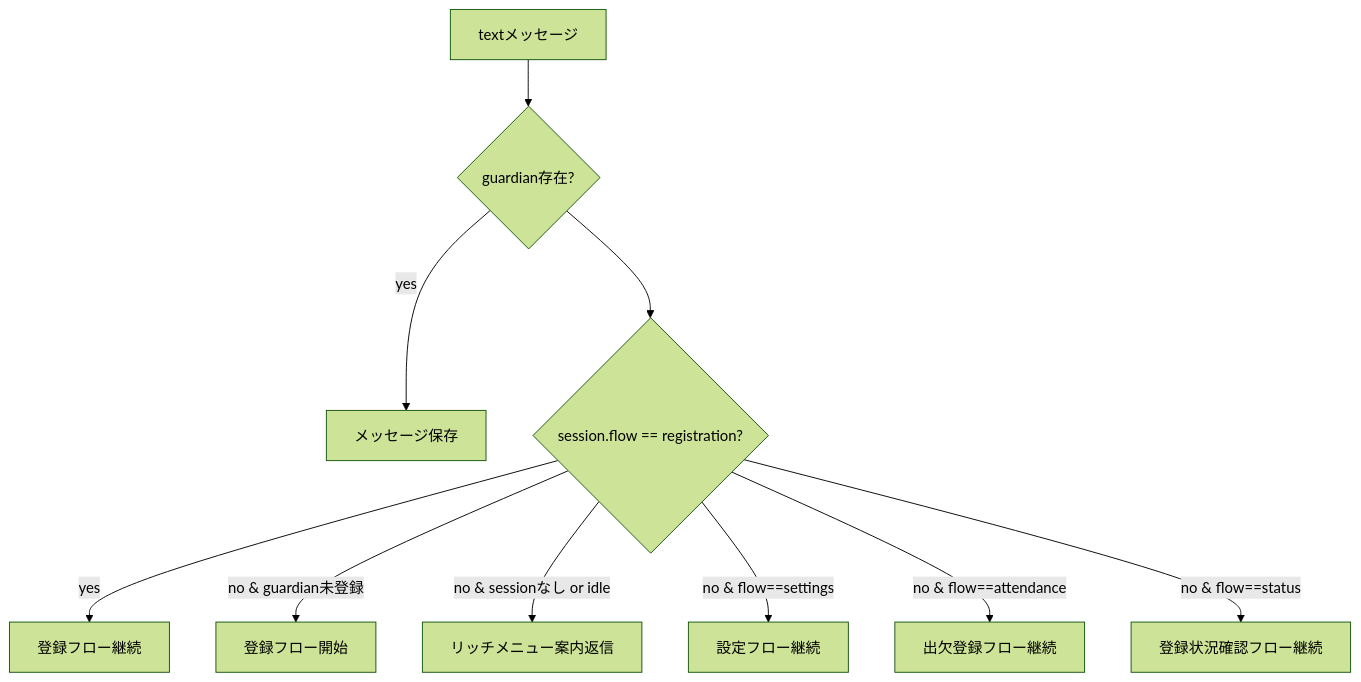
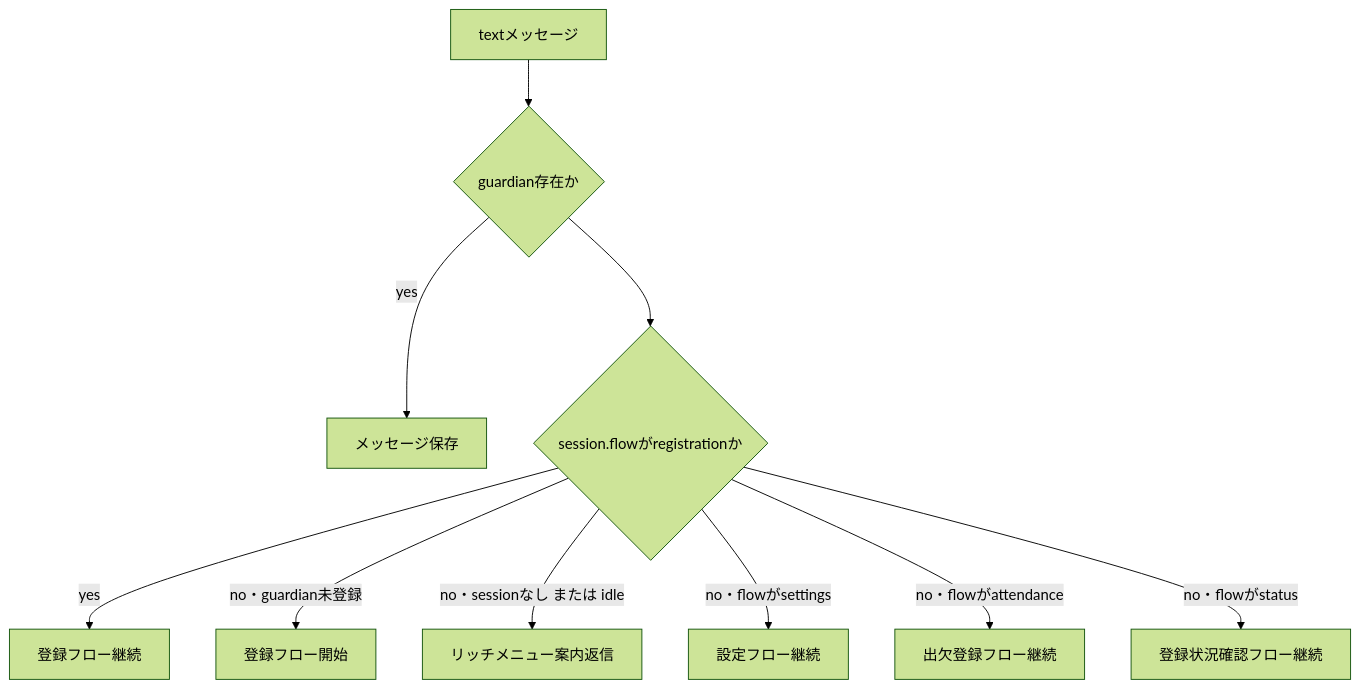
The fourth of 10 diagrams in docs/line-flow-diagrams.md (wakodai/free-school-try5), drawn with Mermaid (forest theme) before and after one commit. The commit also changed other lines of this file, not shown here.

Commit message:
Mermaid図のパースエラー表記を修正

````diff
--- a/docs/line-flow-diagrams.md
+++ b/docs/line-flow-diagrams.md
@@ -55,12 +55,12 @@
 ```mermaid
 flowchart TD
-  A[textメッセージ] --> B{guardian存在?}
+  A[textメッセージ] --> B{guardian存在か}
   B -->|yes| C[メッセージ保存]
-  B --> D{session.flow == registration?}
+  B --> D{session.flowがregistrationか}
   D -->|yes| E[登録フロー継続]
-  D -->|no & guardian未登録| F[登録フロー開始]
-  D -->|no & sessionなし or idle| G[リッチメニュー案内返信]
-  D -->|no & flow==settings| H[設定フロー継続]
-  D -->|no & flow==attendance| I[出欠登録フロー継続]
-  D -->|no & flow==status| J[登録状況確認フロー継続]
+  D -->|no・guardian未登録| F[登録フロー開始]
+  D -->|no・sessionなし または idle| G[リッチメニュー案内返信]
+  D -->|no・flowがsettings| H[設定フロー継続]
+  D -->|no・flowがattendance| I[出欠登録フロー継続]
+  D -->|no・flowがstatus| J[登録状況確認フロー継続]
 ```
````
